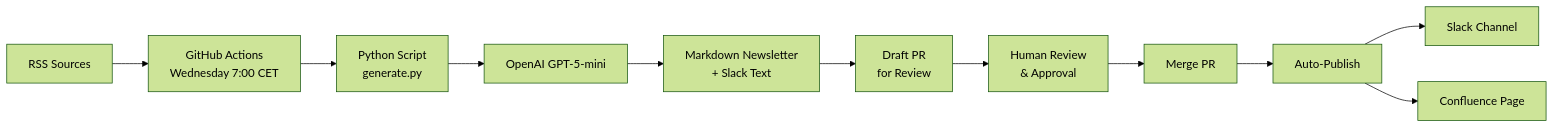
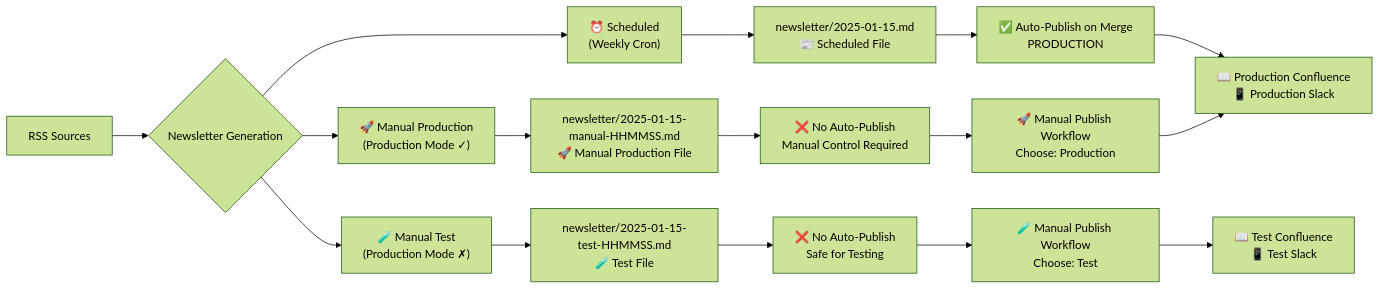
Before and after one commit to tamrakaranish/miti-marketing-newsletter: the diagram in README.md, drawn with Mermaid (forest theme). The commit also changed other lines of this file and 1 other file, not shown here.

First line of the commit message:
Revise newsletter workflow for three generation modes

````diff
--- a/README.md
+++ b/README.md
@@ -15,13 +15,23 @@
 ```mermaid
-graph LR
-    A[RSS Sources] --> B[GitHub Actions<br/>Wednesday 7:00 CET]
-    B --> C[Python Script<br/>generate.py]
-    C --> D[OpenAI GPT-5-mini]
-    D --> E[Markdown Newsletter<br/>+ Slack Text]
-    E --> F[Draft PR<br/>for Review]
-    F --> G[Human Review<br/>& Approval]
-    G --> H[Merge PR]
-    H --> I[Auto-Publish]
-    I --> J[Slack Channel]
-    I --> K[Confluence Page]
+flowchart LR
+    A["RSS Sources"] --> B{"Newsletter Generation"}
+    
+    B --> C["⏰ Scheduled<br/>(Weekly Cron)"]
+    B --> D["🚀 Manual Production<br/>(Production Mode ✓)"]  
+    B --> E["🧪 Manual Test<br/>(Production Mode ✗)"]
+    
+    C --> F["newsletter/2025-01-15.md<br/>📰 Scheduled File"]
+    D --> G["newsletter/2025-01-15-manual-HHMMSS.md<br/>🚀 Manual Production File"]
+    E --> H["newsletter/2025-01-15-test-HHMMSS.md<br/>🧪 Test File"]
+    
+    F --> I["✅ Auto-Publish on Merge<br/>PRODUCTION"]
+    G --> J["❌ No Auto-Publish<br/>Manual Control Required"]
+    H --> K["❌ No Auto-Publish<br/>Safe for Testing"]
+    
+    J --> L["🚀 Manual Publish Workflow<br/>Choose: Production"]
+    K --> M["🧪 Manual Publish Workflow<br/>Choose: Test"]
+    
+    I --> N["📖 Production Confluence<br/>📱 Production Slack"]
+    L --> N
+    M --> O["📖 Test Confluence<br/>📱 Test Slack"]
 ```
````
